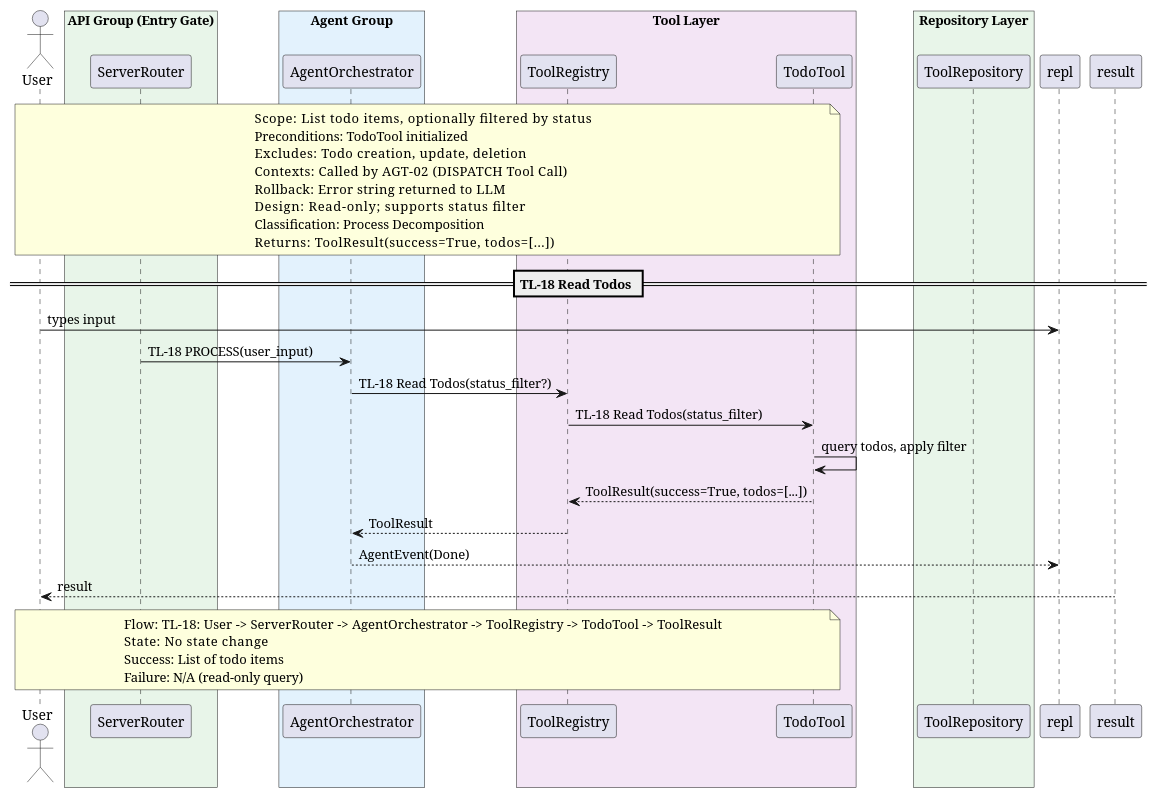
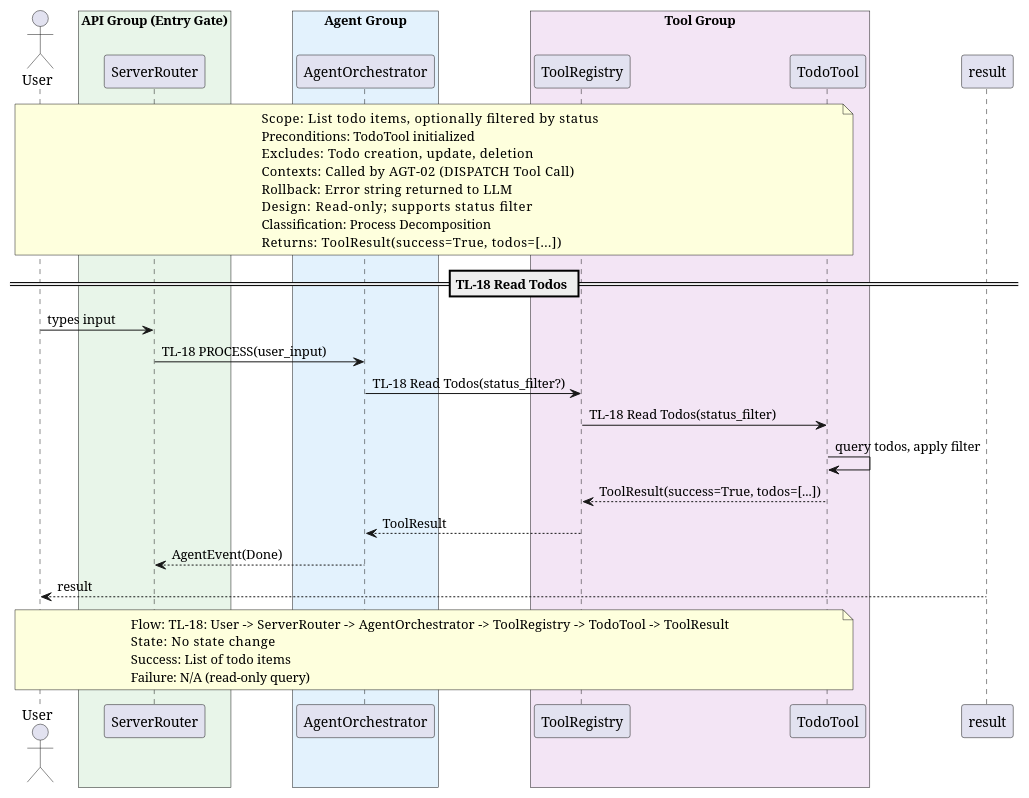
Before and after one commit to salimnamvar/nasim: the diagram in docs/SQ/TL/sq_tl18_read_todos.puml, drawn with PlantUML. The commit also changed 186 other files, not shown here.

Commit message:
docs: Delete outdated sequence diagram skill documentation and replace with a comprehensive rulebook for use case diagram design derived from C4 architecture, ensuring full coverage of systems, containers, components, and CRUD-format naming conventions.

```diff
--- a/docs/SQ/TL/sq_tl18_read_todos.puml
+++ b/docs/SQ/TL/sq_tl18_read_todos.puml
@@ -1,58 +1,55 @@
 @startuml sq_tl18_read_todos
 ' ============================================================
 ' Title:     TL-18 — Read Todos
 ' Boundary:  nasim code agent
 ' Purpose:   List all todo items or filter by status
 ' Milestone: v1.0
-' Version:   8.0.0
+' Version:   9.1.0
 ' Source:    CAR refinement loop — API-First transformation
 ' Review:    docs/SQ/README.md
 ' ============================================================
 
 actor "User" as user
 
 box "API Group (Entry Gate)" #E8F5E9
   participant "ServerRouter" as router
 end box
 box "Agent Group" #E3F2FD
   participant "AgentOrchestrator" as agent
 end box
-box "Tool Layer" #F3E5F5
+box "Tool Group" #F3E5F5
   participant "ToolRegistry" as registry
   participant "TodoTool" as tool
-end box
-box "Repository Layer" #E8F5E9
-  participant "ToolRepository" as tool_repo
 end box
 
 note over user, tool
   Scope:          List todo items, optionally filtered by status
   Preconditions:  TodoTool initialized
   Excludes:       Todo creation, update, deletion
   Contexts:       Called by AGT-02 (DISPATCH Tool Call)
   Rollback:       Error string returned to LLM
   Design:         Read-only; supports status filter
   Classification: Process Decomposition
   Returns:        ToolResult(success=True, todos=[...])
 end note
 
 == TL-18 Read Todos ==
 
-user -> repl : types input
+user -> router : types input
 router -> agent : TL-18 PROCESS(user_input)
 agent -> registry : TL-18 Read Todos(status_filter?)
 registry -> tool : TL-18 Read Todos(status_filter)
 tool -> tool : query todos, apply filter
 tool --> registry : ToolResult(success=True, todos=[...])
 registry --> agent : ToolResult
-agent --> repl : AgentEvent(Done)
+agent --> router : AgentEvent(Done)
 result --> user : result
 
 note over user, tool
   Flow:    TL-18: User -> ServerRouter -> AgentOrchestrator -> ToolRegistry -> TodoTool -> ToolResult
   State:   No state change
   Success: List of todo items
   Failure: N/A (read-only query)
 end note
 
 @enduml
```
